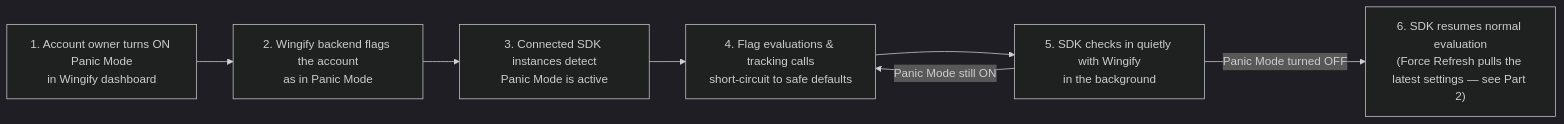
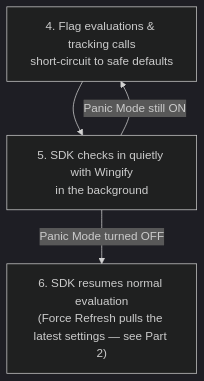
Before and after one commit to wingify/readme-central: the second of 2 diagrams in docs/MCP Server/mcp/delete-soon.md, drawn with Mermaid (dark theme). The commit also changed other lines of this file, not shown here.

Commit message:
Update doc `delete-soon`

````diff
--- a/docs/MCP Server/mcp/delete-soon.md
+++ b/docs/MCP Server/mcp/delete-soon.md
@@ -12,15 +21,10 @@
 ```mermaid
-flowchart LR 
-A["1. Account owner turns ON Panic Mode\nin Wingify dashboard"] --> B["2. Wingify backend flags the account\nas in Panic Mode"]
+flowchart TD
+  D["4. Flag evaluations & tracking calls\nshort-circuit to safe defaults"]
+  E["5. SDK checks in quietly with Wingify\nin the background"]
+  F["6. SDK resumes normal evaluation\n(Force Refresh pulls the latest settings — see Part 2)"]
 
-B --> C["3. Connected SDK instances detect\nPanic Mode is active"]
-
-C --> D["4. Flag evaluations & tracking calls\nshort-circuit to safe defaults"]
-
-D --> E["5. SDK checks in quietly with Wingify\nin the background"]
-
-E -- "Panic Mode still ON" --> D
-
-E -- "Panic Mode turned OFF" --> F["6. SDK resumes normal evaluation\n(Force Refresh pulls the latest settings — see Part 2)"]
-
+  D --> E
+  E -- "Panic Mode still ON" --> D
+  E -- "Panic Mode turned OFF" --> F
 ```
````
